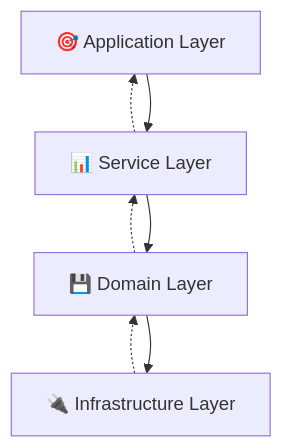
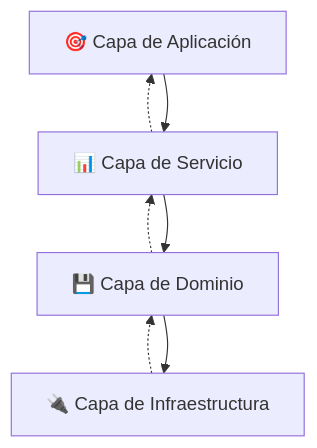
The fifth of 5 diagrams in docs/diagrams.md (piettro/Master-MIAX-Tarea-Bloque1-Introduccion), drawn with Mermaid before and after one commit. The commit also changed other lines of this file and 1 other file, not shown here.

````diff
--- a/docs/diagrams.md
+++ b/docs/diagrams.md
@@ -215,15 +215,15 @@
 ```mermaid
 graph BT
-    Infrastructure[🔌 Infrastructure Layer]
-    Domain[💾 Domain Layer]
-    Service[📊 Service Layer]
-    Application[🎯 Application Layer]
+    Infrastructure[🔌 Capa de Infraestructura]
+    Domain[💾 Capa de Dominio]
+    Service[📊 Capa de Servicio]
+    Application[🎯 Capa de Aplicación]
     
     Domain --> Infrastructure
     Service --> Domain
     Application --> Service
     
     Infrastructure -.-> Domain
     Domain -.-> Service
     Service -.-> Application
 ```
````
